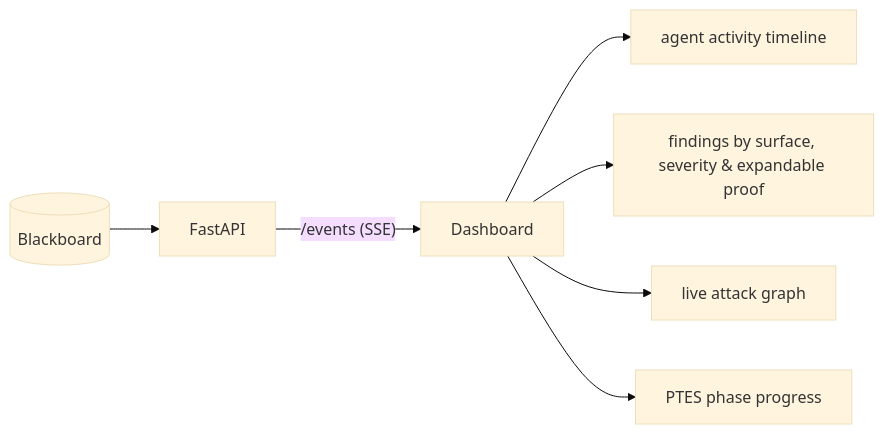
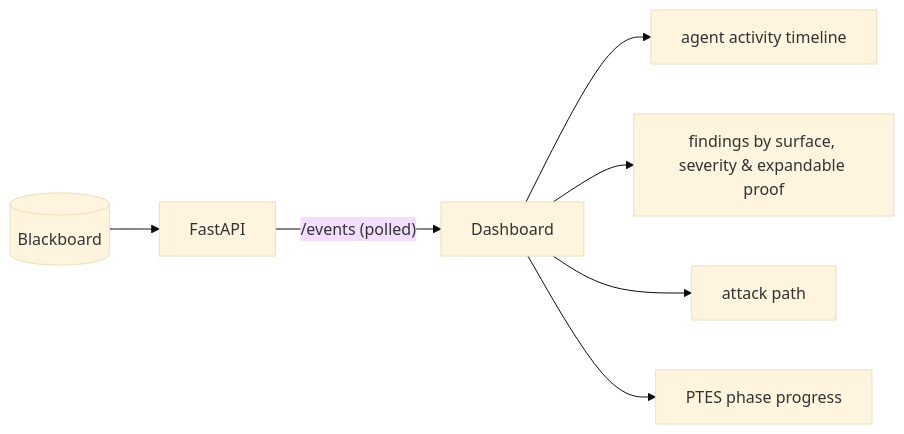
The tenth of 10 diagrams in README.md (hrdk6/Mitigata-Hackathon), drawn with Mermaid (base theme) before and after one commit. The commit also changed other lines of this file and 1 other file, not shown here.

````diff
--- a/README.md
+++ b/README.md
@@ -802,9 +775,9 @@
 ```mermaid
 flowchart LR
     BB[("Blackboard")] --> API["FastAPI"]
-    API -->|"/events (SSE)"| DASH["Dashboard"]
+    API -->|"/events (polled)"| DASH["Dashboard"]
     DASH --> V1["agent activity timeline"]
     DASH --> V2["findings by surface, severity & expandable proof"]
-    DASH --> V3["live attack graph"]
+    DASH --> V3["attack path"]
     DASH --> V4["PTES phase progress"]
 ```
````
